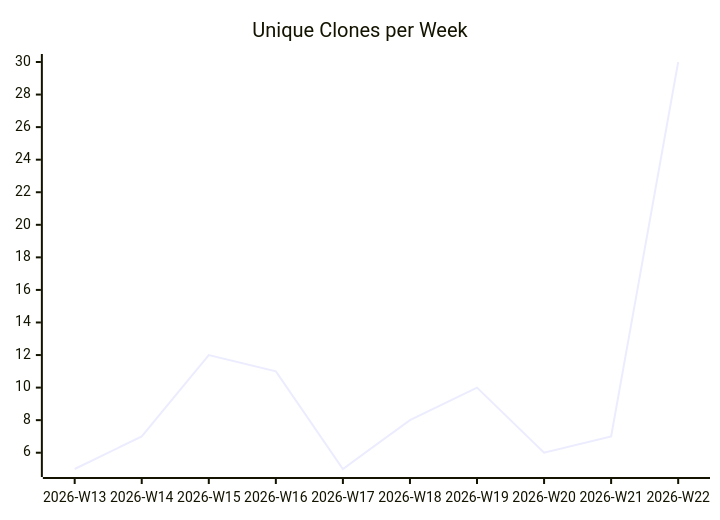
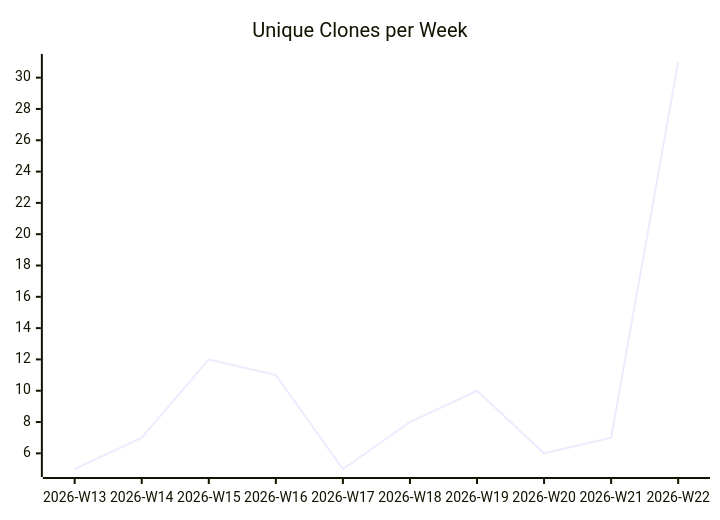
The third of 3 diagrams in karlmdavis/fhir-benchmarks/README.md (justdavis-family/github-analytics-data), drawn with Mermaid before and after one commit. The commit also changed other lines of this file and 190 other files, not shown here.

````diff
--- a/karlmdavis/fhir-benchmarks/README.md
+++ b/karlmdavis/fhir-benchmarks/README.md
@@ -19,6 +19,6 @@
 ```mermaid
 xychart-beta
   title "Unique Clones per Week"
   x-axis ["2026-W13", "2026-W14", "2026-W15", "2026-W16", "2026-W17", "2026-W18", "2026-W19", "2026-W20", "2026-W21", "2026-W22"]
-  line [5, 7, 12, 11, 5, 8, 10, 6, 7, 30]
+  line [5, 7, 12, 11, 5, 8, 10, 6, 7, 31]
 ```
````
